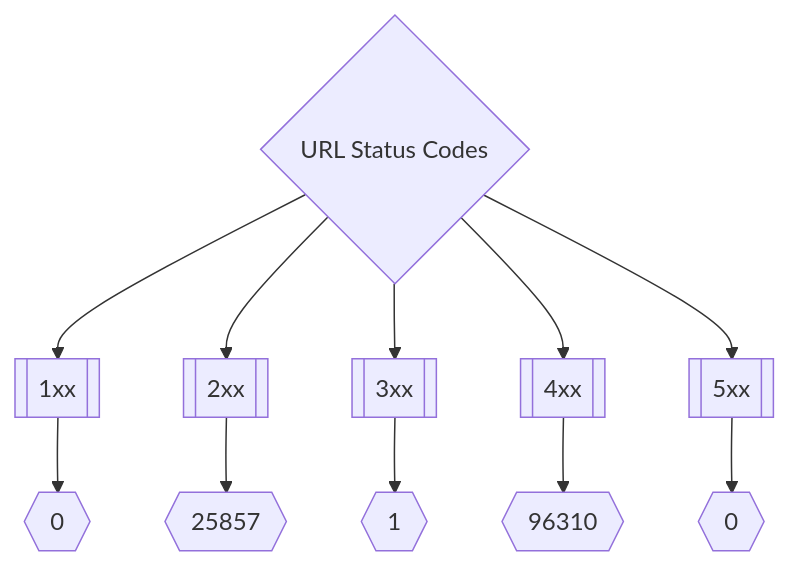
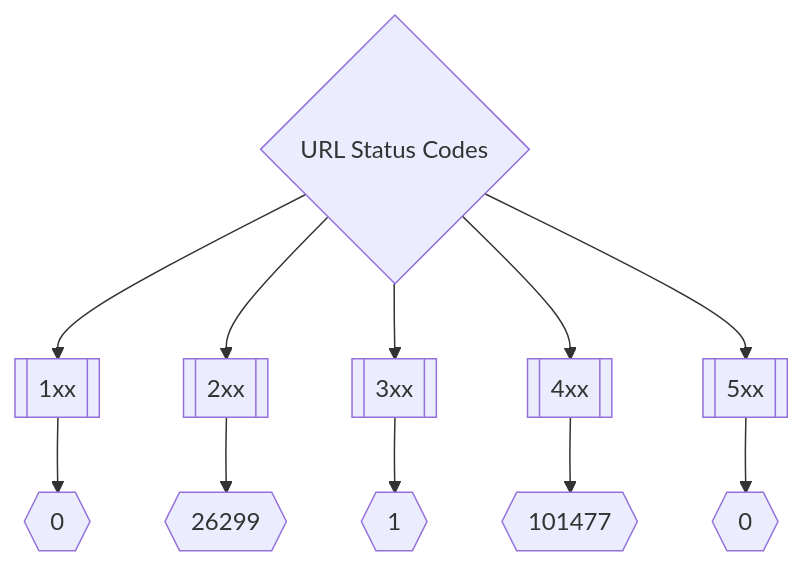
Before and after one commit to trickest/inventory: the second of 3 diagrams in README.md, drawn with Mermaid. The commit also changed other lines of this file and 103 other files, not shown here.

````diff
--- a/README.md
+++ b/README.md
@@ -173,8 +173,8 @@
 ```mermaid
 graph TD
 title{URL Status Codes} --> 1xx[[1xx]] --> status1xxNum{{0}}
-title --> 2xx[[2xx]] --> status2xxNum{{25857}}
+title --> 2xx[[2xx]] --> status2xxNum{{26299}}
 title --> 3xx[[3xx]] --> status3xxNum{{1}}
-title --> 4xx[[4xx]] --> status4xxNum{{96310}}
+title --> 4xx[[4xx]] --> status4xxNum{{101477}}
 title --> 5xx[[5xx]] --> status5xxNum{{0}}
 ```
````
